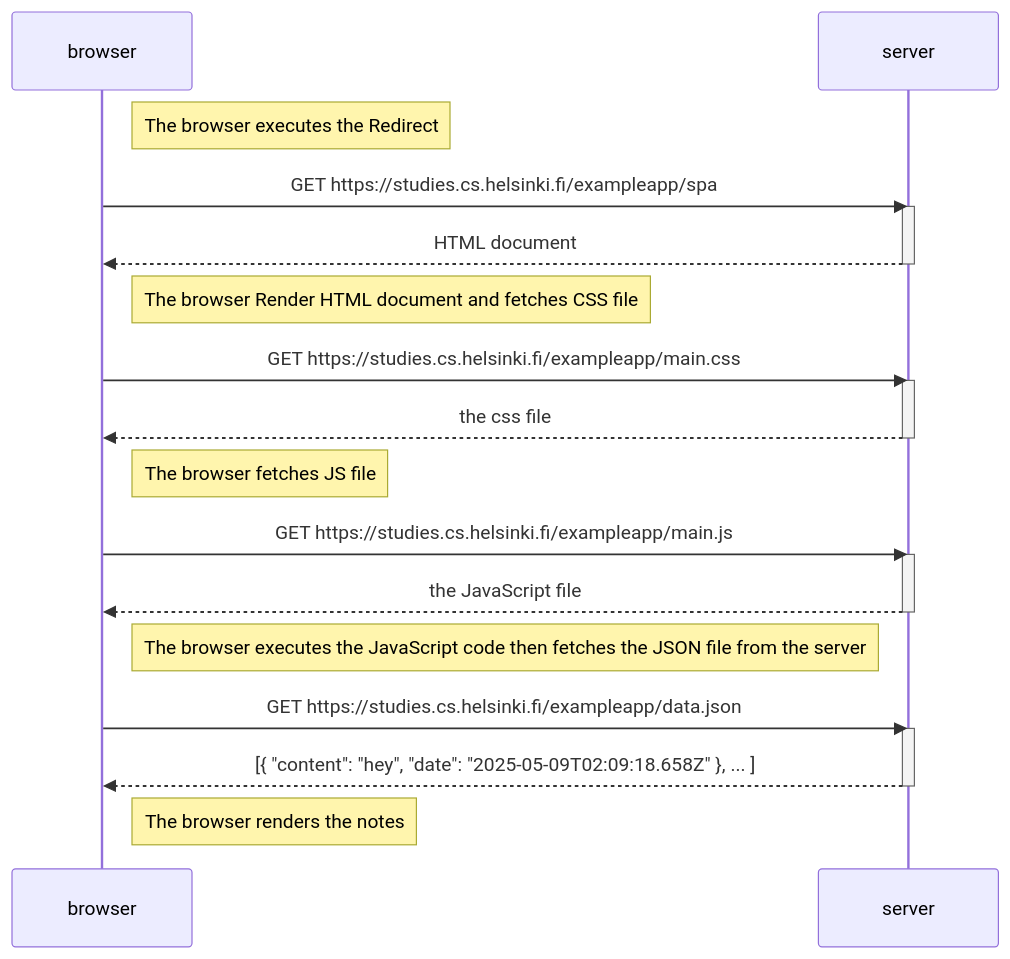
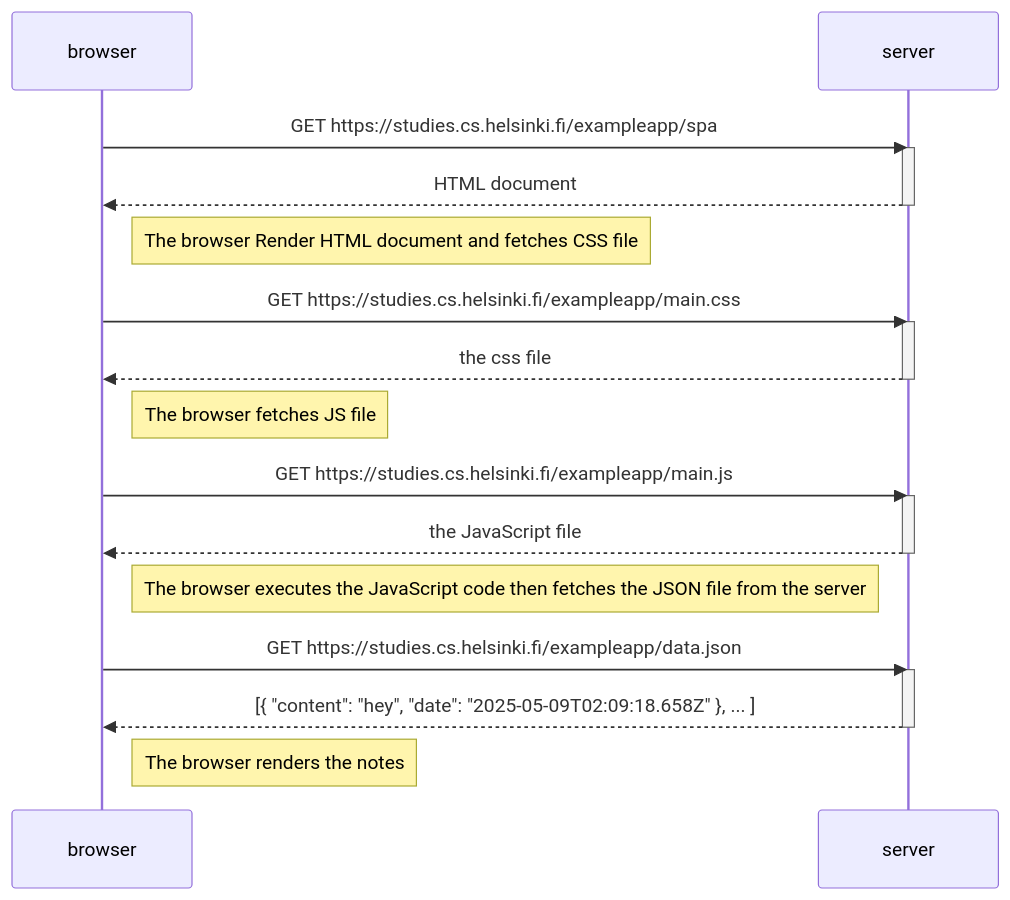
Before and after one commit to PasiduRanasinghe/FullstackOpen-Exercises: the diagram in part0/single-page-application-diagram.md, drawn with Mermaid. The commit also changed other lines of this file, not shown here.

Commit message:
Exercise 0.5

````diff
--- a/part0/single-page-application-diagram.md
+++ b/part0/single-page-application-diagram.md
@@ -3,35 +3,33 @@
 ```mermaid
 sequenceDiagram
     participant browser
     participant server
-
-    Note right of browser: The browser executes the Redirect
 
     browser->>server: GET https://studies.cs.helsinki.fi/exampleapp/spa
     activate server
     server-->>browser: HTML document
     deactivate server
 
     Note right of browser: The browser Render HTML document and fetches CSS file
 
     browser->>server: GET https://studies.cs.helsinki.fi/exampleapp/main.css
     activate server
     server-->>browser: the css file
     deactivate server
 
     Note right of browser: The browser fetches JS file
 
     browser->>server: GET https://studies.cs.helsinki.fi/exampleapp/main.js
     activate server
     server-->>browser: the JavaScript file
     deactivate server
 
     Note right of browser: The browser executes the JavaScript code then fetches the JSON file from the server
 
     browser->>server: GET https://studies.cs.helsinki.fi/exampleapp/data.json
     activate server
     server-->>browser: [{ "content": "hey", "date": "2025-05-09T02:09:18.658Z" }, ... ]
     deactivate server
 
     Note right of browser: The browser renders the notes
 ```
````
